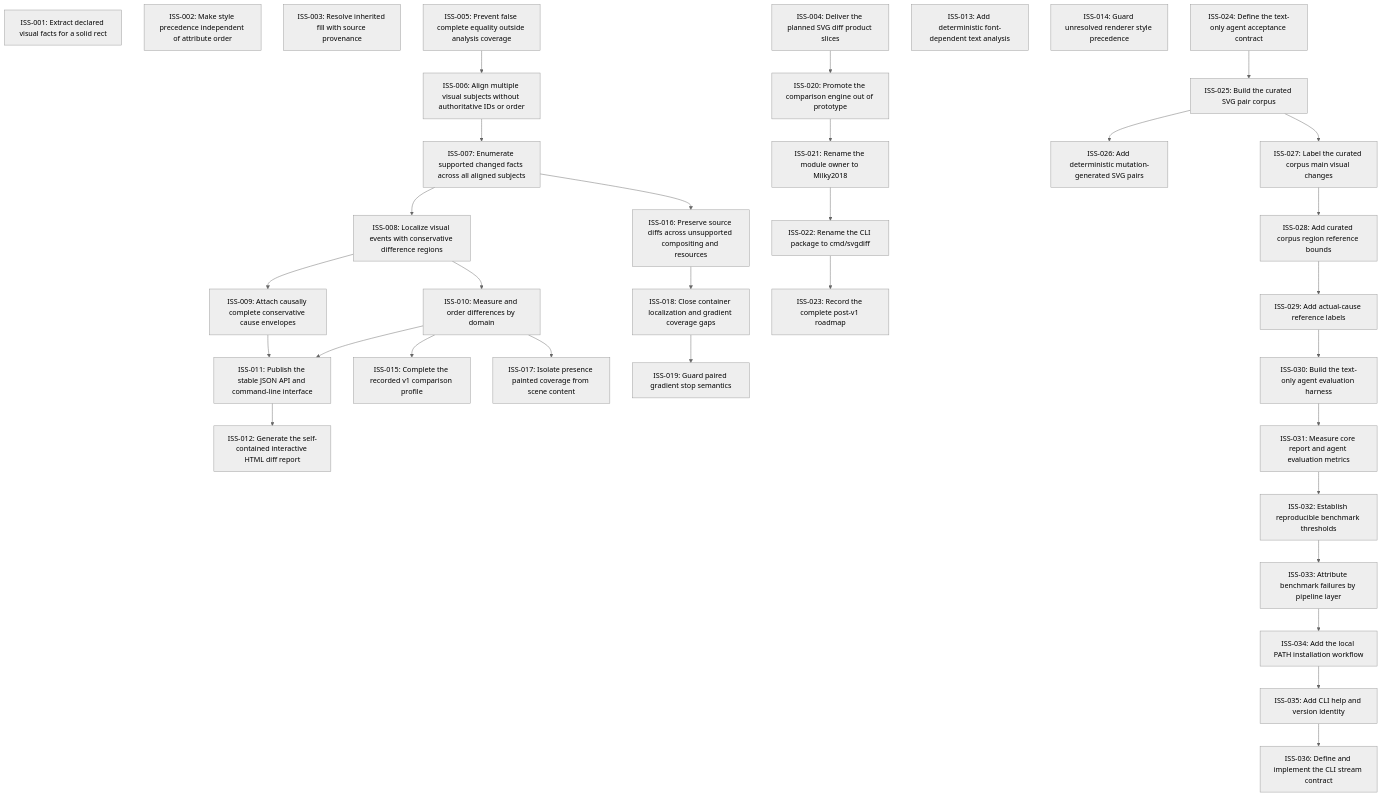
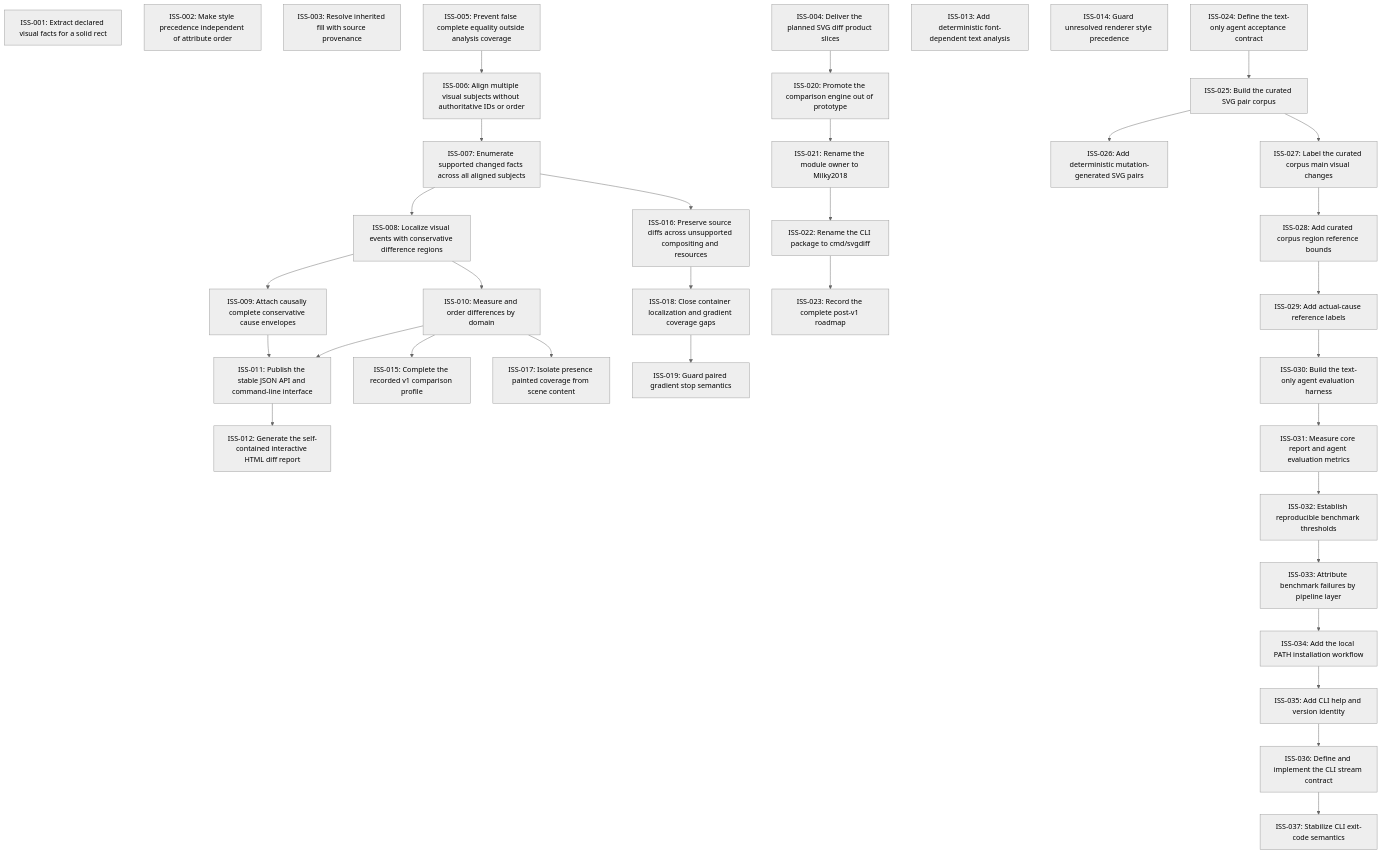
One commit to moonbit-community/svgdiff changed the diagram in issues/README.md. Above: the diagram before and after it, drawn with Mermaid (neutral theme). The commit also changed 9 other files, not shown here.

Commit message:
Stabilize CLI exit statuses

````diff
--- a/issues/README.md
+++ b/issues/README.md
@@ -18,68 +18,70 @@
 ```mermaid
 graph TD
   ISS_001["ISS-001: Extract declared visual facts for a solid rect"]
   ISS_002["ISS-002: Make style precedence independent of attribute order"]
   ISS_003["ISS-003: Resolve inherited fill with source provenance"]
   ISS_004["ISS-004: Deliver the planned SVG diff product slices"]
   ISS_005["ISS-005: Prevent false complete equality outside analysis coverage"]
   ISS_006["ISS-006: Align multiple visual subjects without authoritative IDs or order"]
   ISS_007["ISS-007: Enumerate supported changed facts across all aligned subjects"]
   ISS_008["ISS-008: Localize visual events with conservative difference regions"]
   ISS_009["ISS-009: Attach causally complete conservative cause envelopes"]
   ISS_010["ISS-010: Measure and order differences by domain"]
   ISS_011["ISS-011: Publish the stable JSON API and command-line interface"]
   ISS_012["ISS-012: Generate the self-contained interactive HTML diff report"]
   ISS_013["ISS-013: Add deterministic font-dependent text analysis"]
   ISS_014["ISS-014: Guard unresolved renderer style precedence"]
   ISS_015["ISS-015: Complete the recorded v1 comparison profile"]
   ISS_016["ISS-016: Preserve source diffs across unsupported compositing and resources"]
   ISS_017["ISS-017: Isolate presence painted coverage from scene content"]
   ISS_018["ISS-018: Close container localization and gradient coverage gaps"]
   ISS_019["ISS-019: Guard paired gradient stop semantics"]
   ISS_020["ISS-020: Promote the comparison engine out of prototype"]
   ISS_021["ISS-021: Rename the module owner to Milky2018"]
   ISS_022["ISS-022: Rename the CLI package to cmd/svgdiff"]
   ISS_023["ISS-023: Record the complete post-v1 roadmap"]
   ISS_024["ISS-024: Define the text-only agent acceptance contract"]
   ISS_025["ISS-025: Build the curated SVG pair corpus"]
   ISS_026["ISS-026: Add deterministic mutation-generated SVG pairs"]
   ISS_027["ISS-027: Label the curated corpus main visual changes"]
   ISS_028["ISS-028: Add curated corpus region reference bounds"]
   ISS_029["ISS-029: Add actual-cause reference labels"]
   ISS_030["ISS-030: Build the text-only agent evaluation harness"]
   ISS_031["ISS-031: Measure core report and agent evaluation metrics"]
   ISS_032["ISS-032: Establish reproducible benchmark thresholds"]
   ISS_033["ISS-033: Attribute benchmark failures by pipeline layer"]
   ISS_034["ISS-034: Add the local PATH installation workflow"]
   ISS_035["ISS-035: Add CLI help and version identity"]
   ISS_036["ISS-036: Define and implement the CLI stream contract"]
+  ISS_037["ISS-037: Stabilize CLI exit-code semantics"]
   ISS_005 --> ISS_006
   ISS_006 --> ISS_007
   ISS_007 --> ISS_008
   ISS_008 --> ISS_009
   ISS_008 --> ISS_010
   ISS_009 --> ISS_011
   ISS_010 --> ISS_011
   ISS_011 --> ISS_012
   ISS_010 --> ISS_015
   ISS_007 --> ISS_016
   ISS_010 --> ISS_017
   ISS_016 --> ISS_018
   ISS_018 --> ISS_019
   ISS_004 --> ISS_020
   ISS_020 --> ISS_021
   ISS_021 --> ISS_022
   ISS_022 --> ISS_023
   ISS_024 --> ISS_025
   ISS_025 --> ISS_026
   ISS_025 --> ISS_027
   ISS_027 --> ISS_028
   ISS_028 --> ISS_029
   ISS_029 --> ISS_030
   ISS_030 --> ISS_031
   ISS_031 --> ISS_032
   ISS_032 --> ISS_033
   ISS_033 --> ISS_034
   ISS_034 --> ISS_035
   ISS_035 --> ISS_036
+  ISS_036 --> ISS_037
 ```
````
